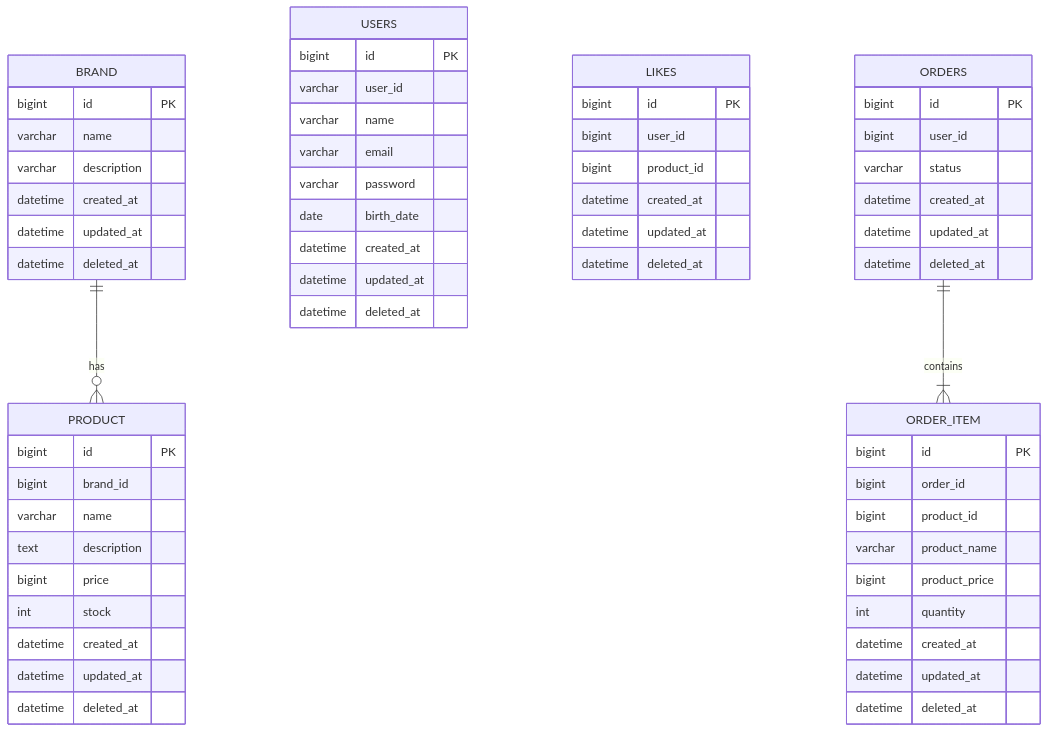
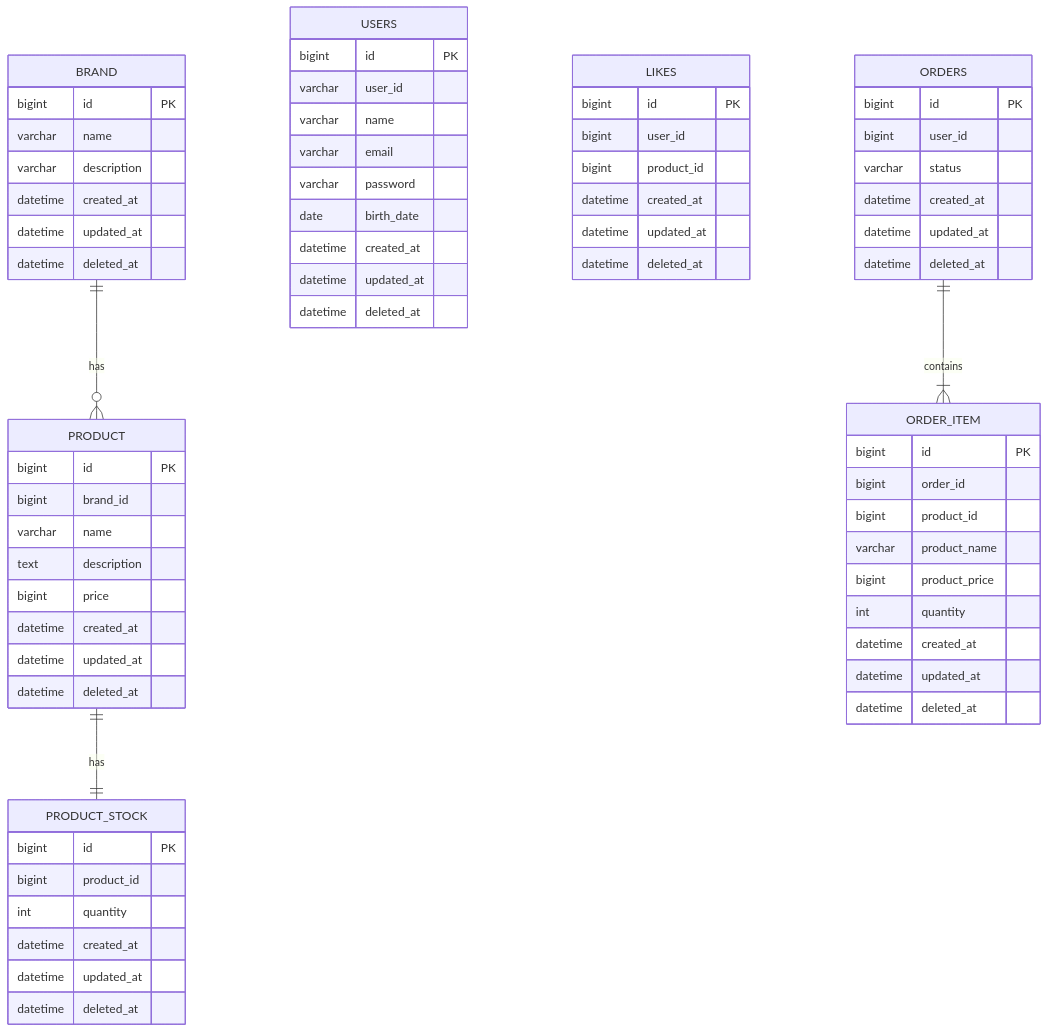
Before and after one commit to loopers-labs/loop-pack-be-l2-vol4-java: the first of 5 diagrams in docs/v3/design.md, drawn with Mermaid. The commit also changed other lines of this file and 1 other file, not shown here.

First line of the commit message:
docs: product_stock 별도 테이블 분리 설계 반영 (ADR-006)

````diff
--- a/docs/v3/design.md
+++ b/docs/v3/design.md
@@ -39,68 +39,77 @@
 ```mermaid
 erDiagram
     BRAND {
         bigint id PK
         varchar name
         varchar description
         datetime created_at
         datetime updated_at
         datetime deleted_at
     }
 
     PRODUCT {
         bigint id PK
         bigint brand_id
         varchar name
         text description
         bigint price
-        int stock
+        datetime created_at
+        datetime updated_at
+        datetime deleted_at
+    }
+
+    PRODUCT_STOCK {
+        bigint id PK
+        bigint product_id
+        int quantity
         datetime created_at
         datetime updated_at
         datetime deleted_at
     }
 
     USERS {
         bigint id PK
         varchar user_id
         varchar name
         varchar email
         varchar password
         date birth_date
         datetime created_at
         datetime updated_at
         datetime deleted_at
     }
 
     LIKES {
         bigint id PK
         bigint user_id
         bigint product_id
         datetime created_at
         datetime updated_at
         datetime deleted_at
     }
 
     ORDERS {
         bigint id PK
         bigint user_id
         varchar status
         datetime created_at
         datetime updated_at
         datetime deleted_at
     }
 
     ORDER_ITEM {
         bigint id PK
         bigint order_id
         bigint product_id
         varchar product_name
         bigint product_price
         int quantity
         datetime created_at
         datetime updated_at
         datetime deleted_at
     }
 
     BRAND ||--o{ PRODUCT : "has"
+    PRODUCT ||--|| PRODUCT_STOCK : "has"
     ORDERS ||--|{ ORDER_ITEM : "contains"
 ```
````
